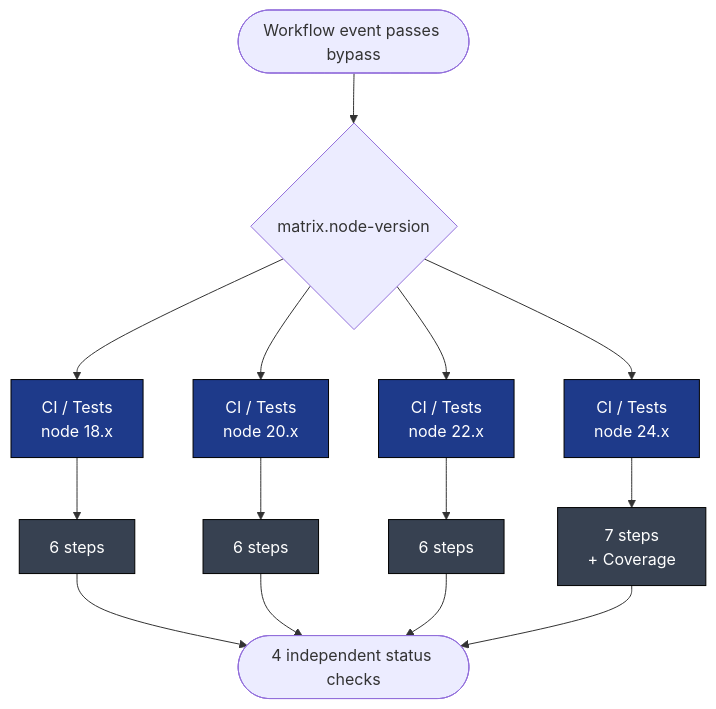
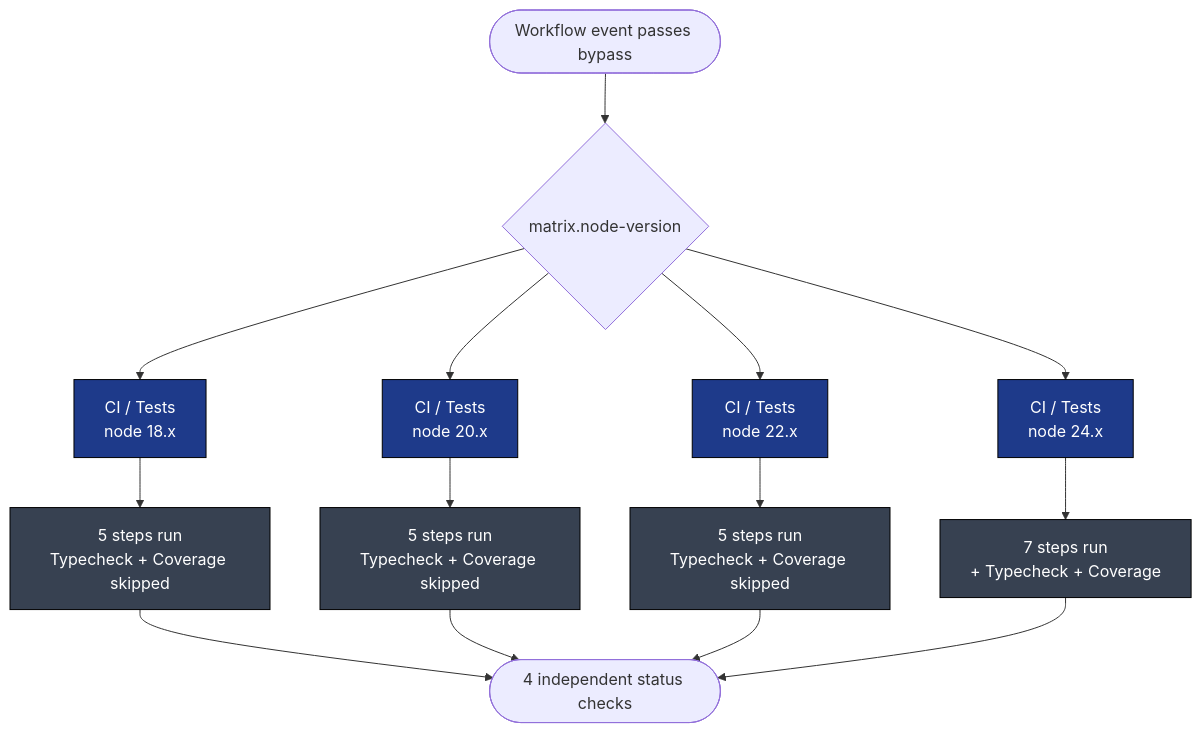
The third of 9 diagrams in .github/docs/TESTS_DEEP_DIVE.md (llm-exe/llm-exe), drawn with Mermaid before and after one commit. The commit also changed other lines of this file and 4 other files, not shown here.

Commit message:
docs: sync tests and agent-review-pr deep dives after typecheck CI step

````diff
--- a/.github/docs/TESTS_DEEP_DIVE.md
+++ b/.github/docs/TESTS_DEEP_DIVE.md
@@ -129,23 +131,23 @@
 ```mermaid
 flowchart TB
     classDef job fill:#1e3a8a,color:#fff,stroke:#000
     classDef step fill:#374151,color:#fff,stroke:#000
 
     start([Workflow event passes bypass])
     start --> fanout{matrix.node-version}
 
     fanout --> N18[CI / Tests<br/>node 18.x]:::job
     fanout --> N20[CI / Tests<br/>node 20.x]:::job
     fanout --> N22[CI / Tests<br/>node 22.x]:::job
     fanout --> N24[CI / Tests<br/>node 24.x]:::job
 
-    N18 --> S18[6 steps]:::step
-    N20 --> S20[6 steps]:::step
-    N22 --> S22[6 steps]:::step
-    N24 --> S24[7 steps<br/>+ Coverage]:::step
+    N18 --> S18[5 steps run<br/>Typecheck + Coverage skipped]:::step
+    N20 --> S20[5 steps run<br/>Typecheck + Coverage skipped]:::step
+    N22 --> S22[5 steps run<br/>Typecheck + Coverage skipped]:::step
+    N24 --> S24[7 steps run<br/>+ Typecheck + Coverage]:::step
 
     S18 --> done([4 independent status checks])
     S20 --> done
     S22 --> done
     S24 --> done
 ```
````
